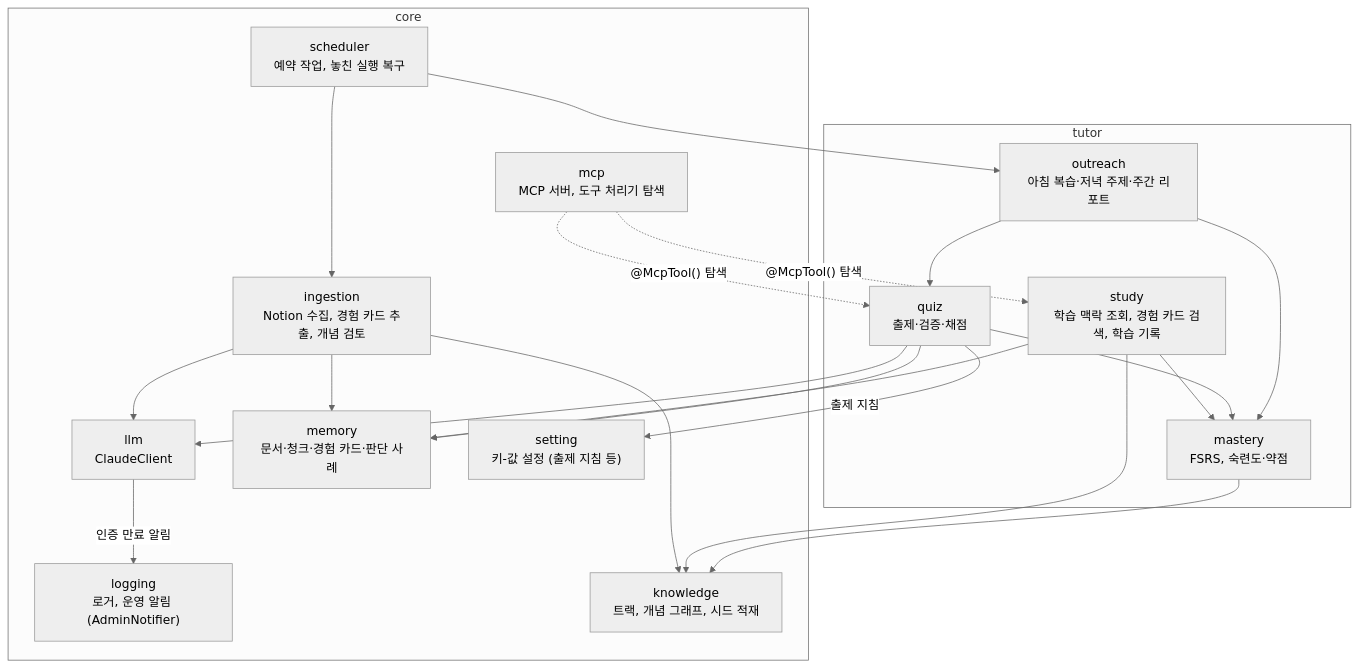
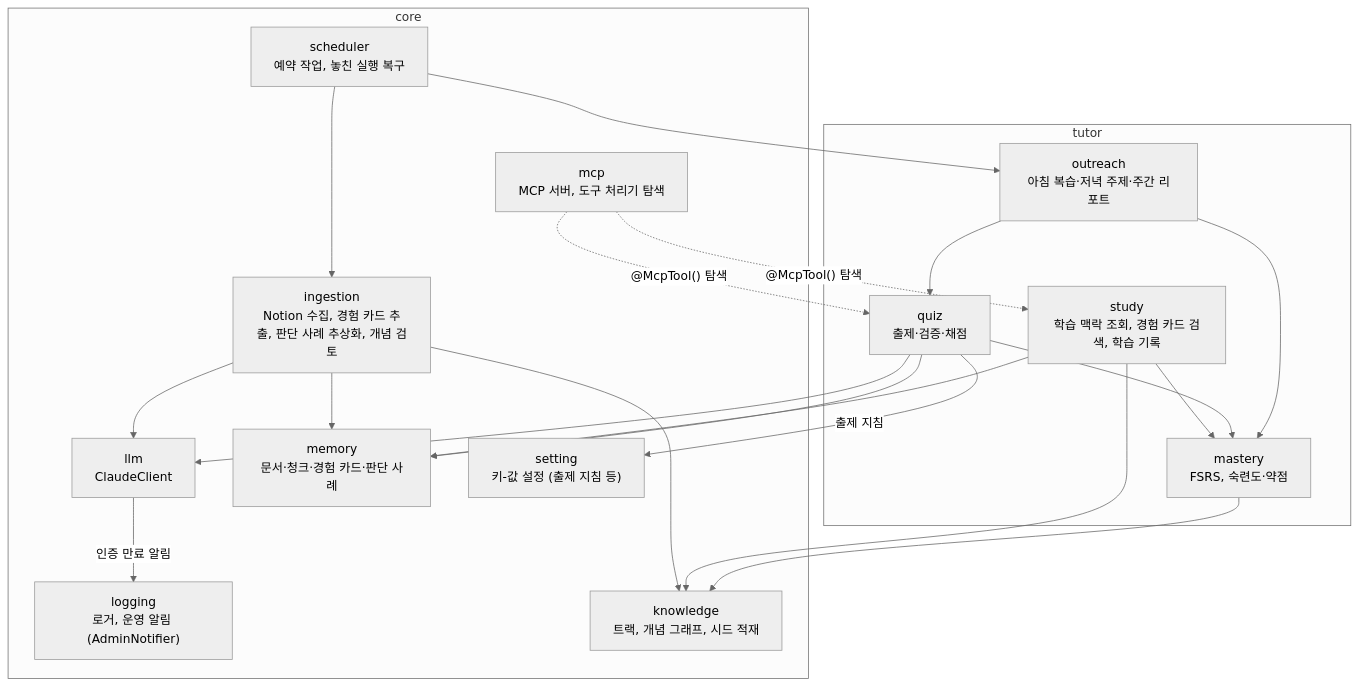
The diagram in docs/architecture/c4-3-component.md (Wonchang0314/growth-assistant), drawn with Mermaid (neutral theme) before and after one commit. The commit also changed 31 other files, not shown here.

````diff
--- a/docs/architecture/c4-3-component.md
+++ b/docs/architecture/c4-3-component.md
@@ -5,43 +5,43 @@
 ```mermaid
 flowchart TB
     subgraph core
         mcp["mcp<br/>MCP 서버, 도구 처리기 탐색"]
         llm["llm<br/>ClaudeClient"]
         logging["logging<br/>로거, 운영 알림 (AdminNotifier)"]
         memory["memory<br/>문서·청크·경험 카드·판단 사례"]
         knowledge["knowledge<br/>트랙, 개념 그래프, 시드 적재"]
-        ingestion["ingestion<br/>Notion 수집, 경험 카드 추출, 개념 검토"]
+        ingestion["ingestion<br/>Notion 수집, 경험 카드 추출, 판단 사례 추상화, 개념 검토"]
         scheduler["scheduler<br/>예약 작업, 놓친 실행 복구"]
         setting["setting<br/>키-값 설정 (출제 지침 등)"]
     end
 
     subgraph tutor
         study["study<br/>학습 맥락 조회, 경험 카드 검색, 학습 기록"]
         quiz["quiz<br/>출제·검증·채점"]
         mastery["mastery<br/>FSRS, 숙련도·약점"]
         outreach["outreach<br/>아침 복습·저녁 주제·주간 리포트"]
     end
 
     mcp -.->|"@McpTool() 탐색"| study
     mcp -.->|"@McpTool() 탐색"| quiz
     scheduler --> outreach
     scheduler --> ingestion
     llm -->|"인증 만료 알림"| logging
     quiz -->|"출제 지침"| setting
 
     ingestion --> llm
     ingestion --> memory
     ingestion --> knowledge
 
     study --> memory
     study --> knowledge
     study --> mastery
 
     quiz --> llm
     quiz --> mastery
     quiz --> memory
 
     mastery --> knowledge
     outreach --> quiz
     outreach --> mastery
 ```
````
